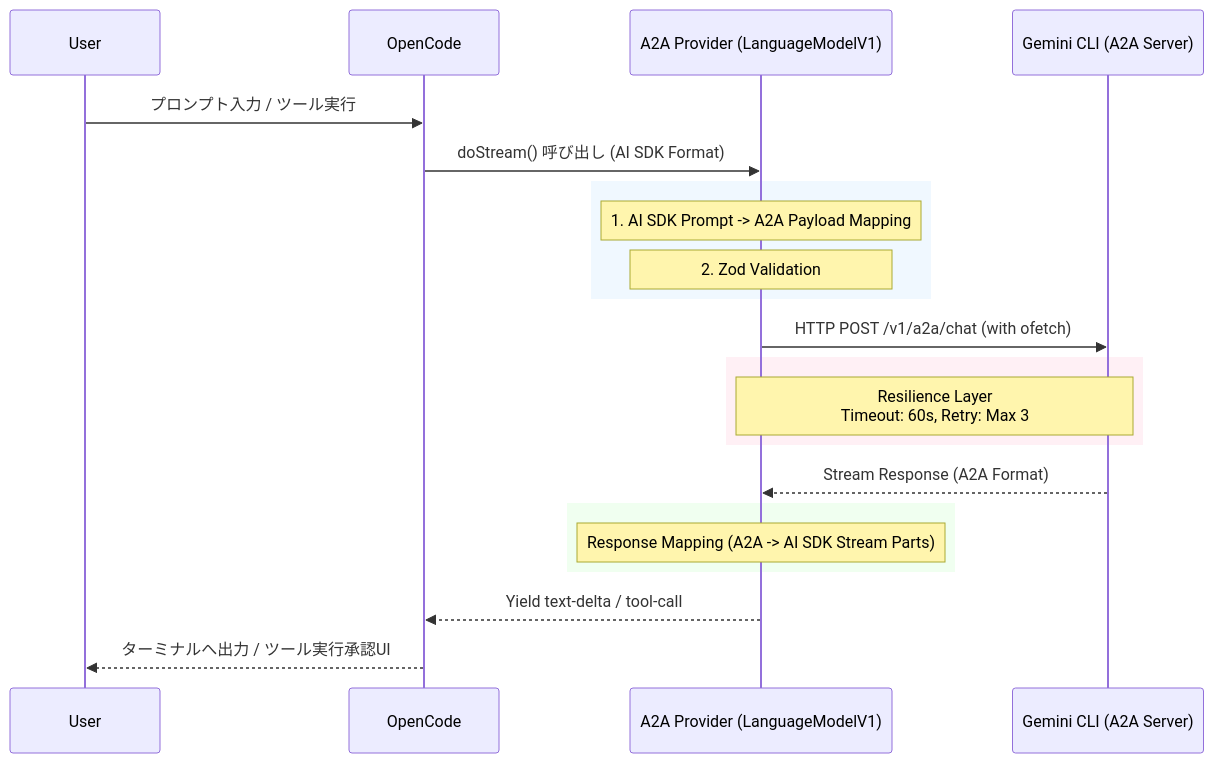
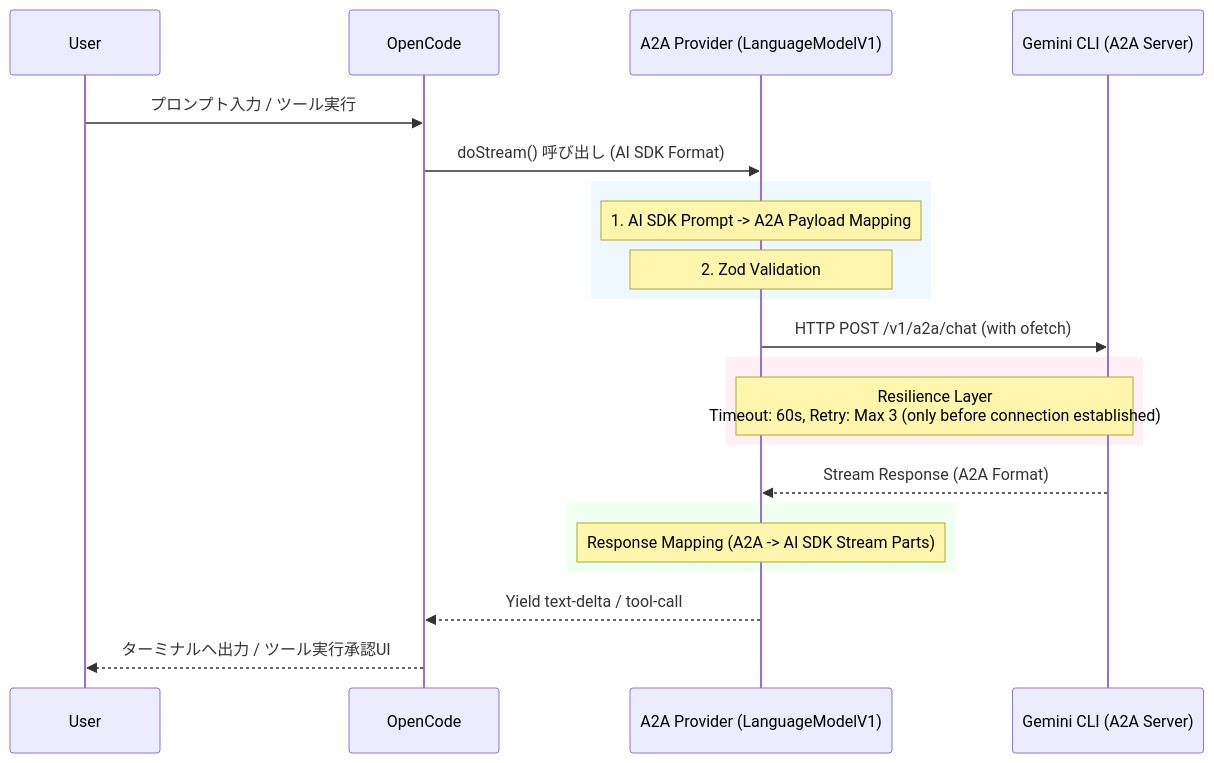
Before and after one commit to yohi/opencode-geminicli-a2a: the diagram in SPEC.md, drawn with Mermaid. The commit also changed other lines of this file, not shown here.

````diff
--- a/SPEC.md
+++ b/SPEC.md
@@ -48,30 +48,30 @@
 ```mermaid
 sequenceDiagram
     participant User
     participant OpenCode
     participant Plugin as A2A Provider (LanguageModelV1)
     participant GeminiCLI as Gemini CLI (A2A Server)
 
     User->>OpenCode: プロンプト入力 / ツール実行
     OpenCode->>Plugin: doStream() 呼び出し (AI SDK Format)
     
     rect rgb(240, 248, 255)
         Note over Plugin: 1. AI SDK Prompt -> A2A Payload Mapping
         Note over Plugin: 2. Zod Validation
     end
     
     Plugin->>GeminiCLI: HTTP POST /v1/a2a/chat (with ofetch)
     
     rect rgb(255, 240, 245)
-        Note over Plugin, GeminiCLI: Resilience Layer<br/>Timeout: 60s, Retry: Max 3
+        Note over Plugin, GeminiCLI: Resilience Layer<br/>Timeout: 60s, Retry: Max 3 (only before connection established)
     end
     
     GeminiCLI-->>Plugin: Stream Response (A2A Format)
     
     rect rgb(240, 255, 240)
         Note over Plugin: Response Mapping (A2A -> AI SDK Stream Parts)
     end
     
     Plugin-->>OpenCode: Yield text-delta / tool-call
     OpenCode-->>User: ターミナルへ出力 / ツール実行承認UI
 ```
````
